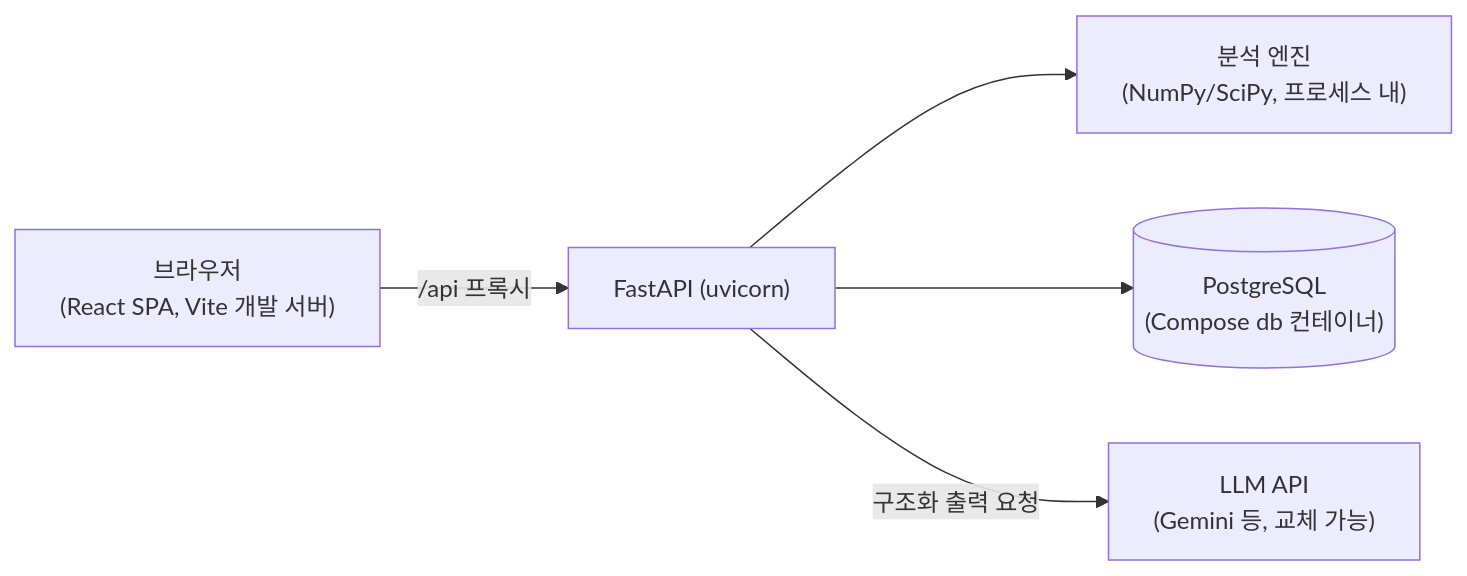
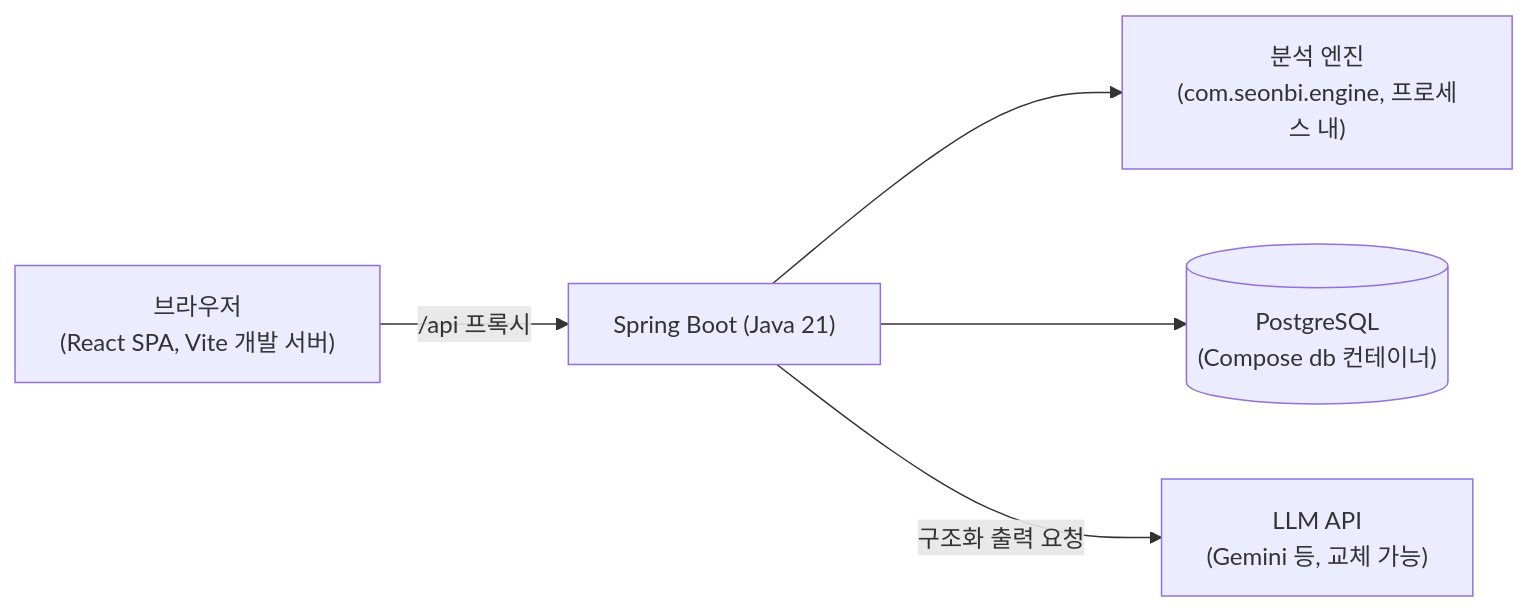
The sixth of 6 diagrams in docs/개발기획서.md (dlfkdLR/SEONBI), drawn with Mermaid before and after one commit. The commit also changed other lines of this file and 4 other files, not shown here.

First line of the commit message:
docs: 기획서 v0.5 — 백엔드를 Spring Boot(JPA)로 전환

````diff
--- a/docs/개발기획서.md
+++ b/docs/개발기획서.md
@@ -1638,7 +1643,7 @@
 ```mermaid
 flowchart LR
-    U["브라우저<br>(React SPA, Vite 개발 서버)"] -->|"/api 프록시"| A["FastAPI (uvicorn)"]
-    A --> E["분석 엔진<br>(NumPy/SciPy, 프로세스 내)"]
+    U["브라우저<br>(React SPA, Vite 개발 서버)"] -->|"/api 프록시"| A["Spring Boot (Java 21)"]
+    A --> E["분석 엔진<br>(com.seonbi.engine, 프로세스 내)"]
     A --> P[("PostgreSQL<br>(Compose db 컨테이너)")]
     A -->|"구조화 출력 요청"| L["LLM API<br>(Gemini 등, 교체 가능)"]
 ```
````
